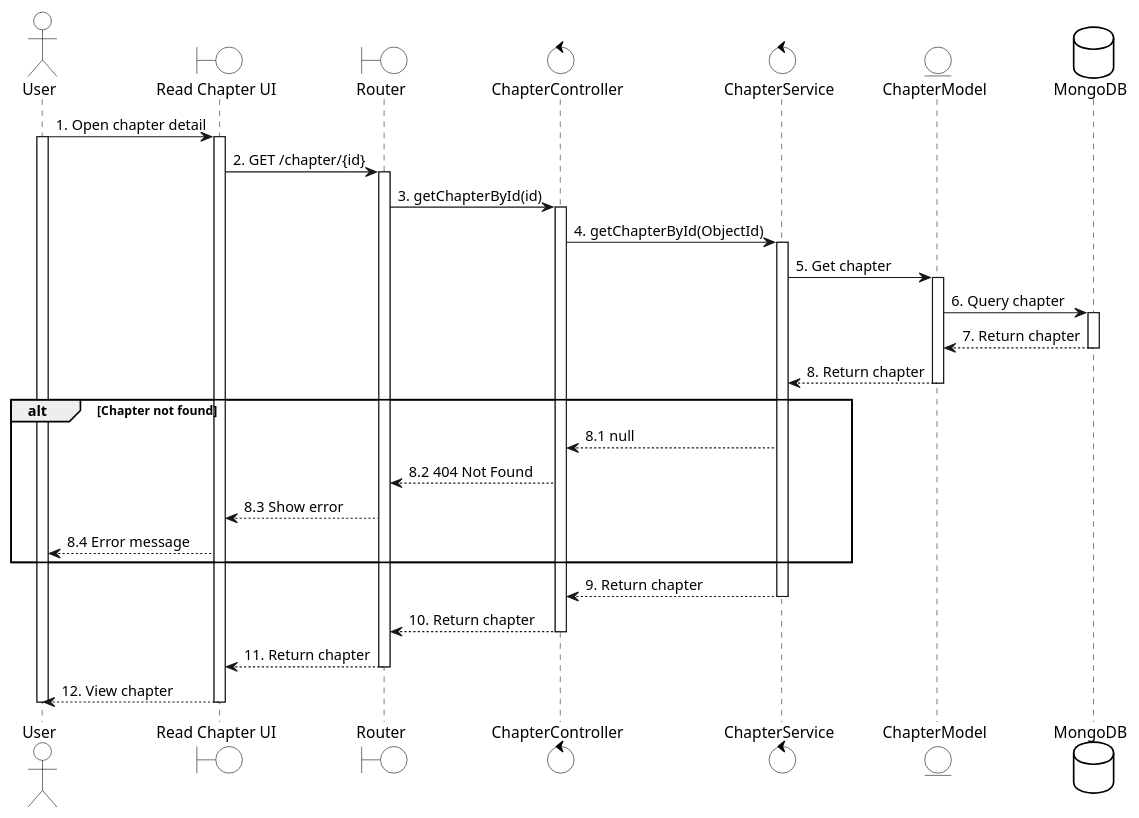
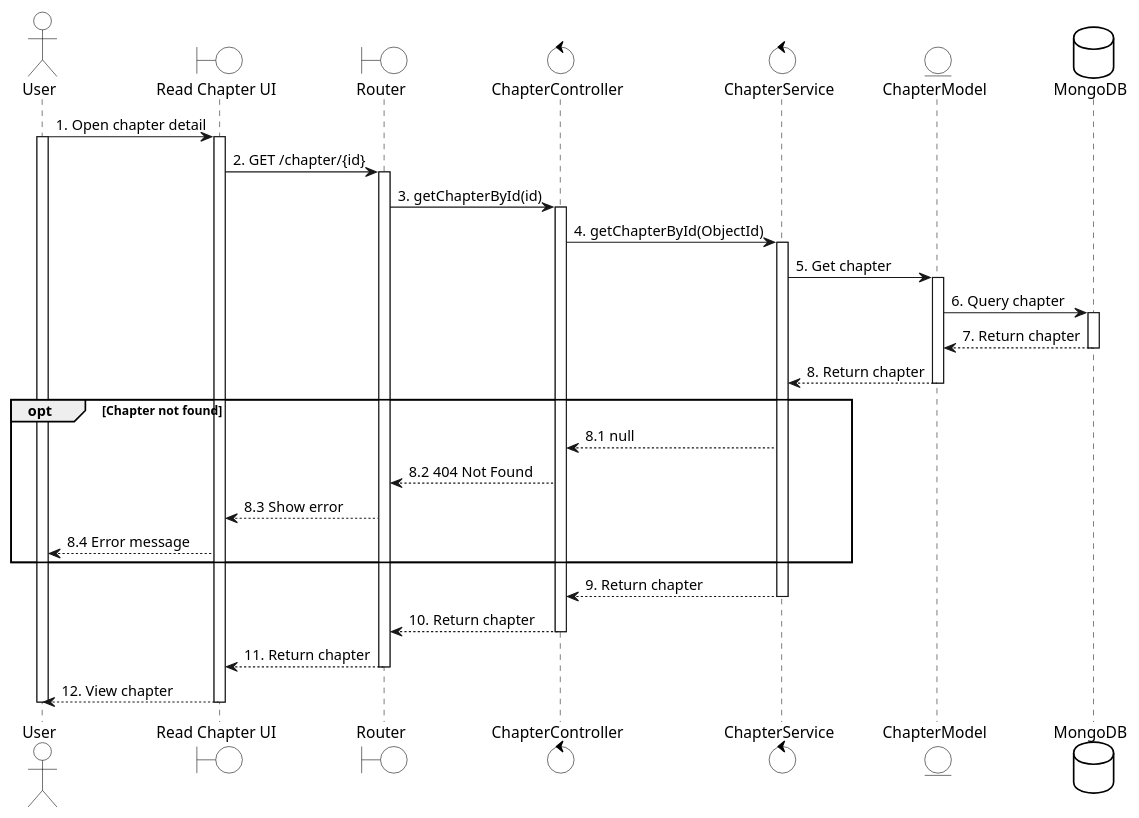
Before and after one commit to LGK1412/sequence_sep490_01: the diagram in uc56 - View Chapter Infor.wsd, drawn with PlantUML. The commit also changed 159 other files, not shown here.

Commit message:
Update subsequence

```diff
--- a/uc56 - View Chapter Infor.wsd
+++ b/uc56 - View Chapter Infor.wsd
@@ -1,63 +1,63 @@
 @startuml
 skinparam {
     ActorBackgroundColor #FFFFFF
     BoundaryBackgroundColor #FFFFFF
     ControlBackgroundColor #FFFFFF
     EntityBackgroundColor #FFFFFF
     DatabaseBackgroundColor #FFFFFF
 
     ActorBorderColor black
     BoundaryBorderColor black
     ControlBorderColor black
     EntityBorderColor black
     DatabaseBorderColor black
 }
 
 actor User
 boundary "Read Chapter UI" as UI
 boundary Router
 control ChapterController
 control ChapterService
 entity ChapterModel
 database MongoDB
 
 User -> UI: 1. Open chapter detail
 activate User
 activate UI
 
 UI -> Router: 2. GET /chapter/{id}
 activate Router
 
 Router -> ChapterController: 3. getChapterById(id)
 activate ChapterController
 
 ChapterController -> ChapterService: 4. getChapterById(ObjectId)
 activate ChapterService
 
 ChapterService -> ChapterModel: 5. Get chapter
 activate ChapterModel
 ChapterModel -> MongoDB: 6. Query chapter
 activate MongoDB
 MongoDB --> ChapterModel: 7. Return chapter
 deactivate MongoDB
 ChapterModel --> ChapterService: 8. Return chapter
 deactivate ChapterModel
 
-alt Chapter not found
+opt Chapter not found
     ChapterService --> ChapterController: 8.1 null
     ChapterController --> Router: 8.2 404 Not Found
     Router --> UI: 8.3 Show error
     UI --> User: 8.4 Error message
 end
 
 ChapterService --> ChapterController: 9. Return chapter
 deactivate ChapterService
 
 ChapterController --> Router: 10. Return chapter
 deactivate ChapterController
 Router --> UI: 11. Return chapter
 deactivate Router
 UI --> User: 12. View chapter
 deactivate UI
 deactivate User
 @enduml
```
